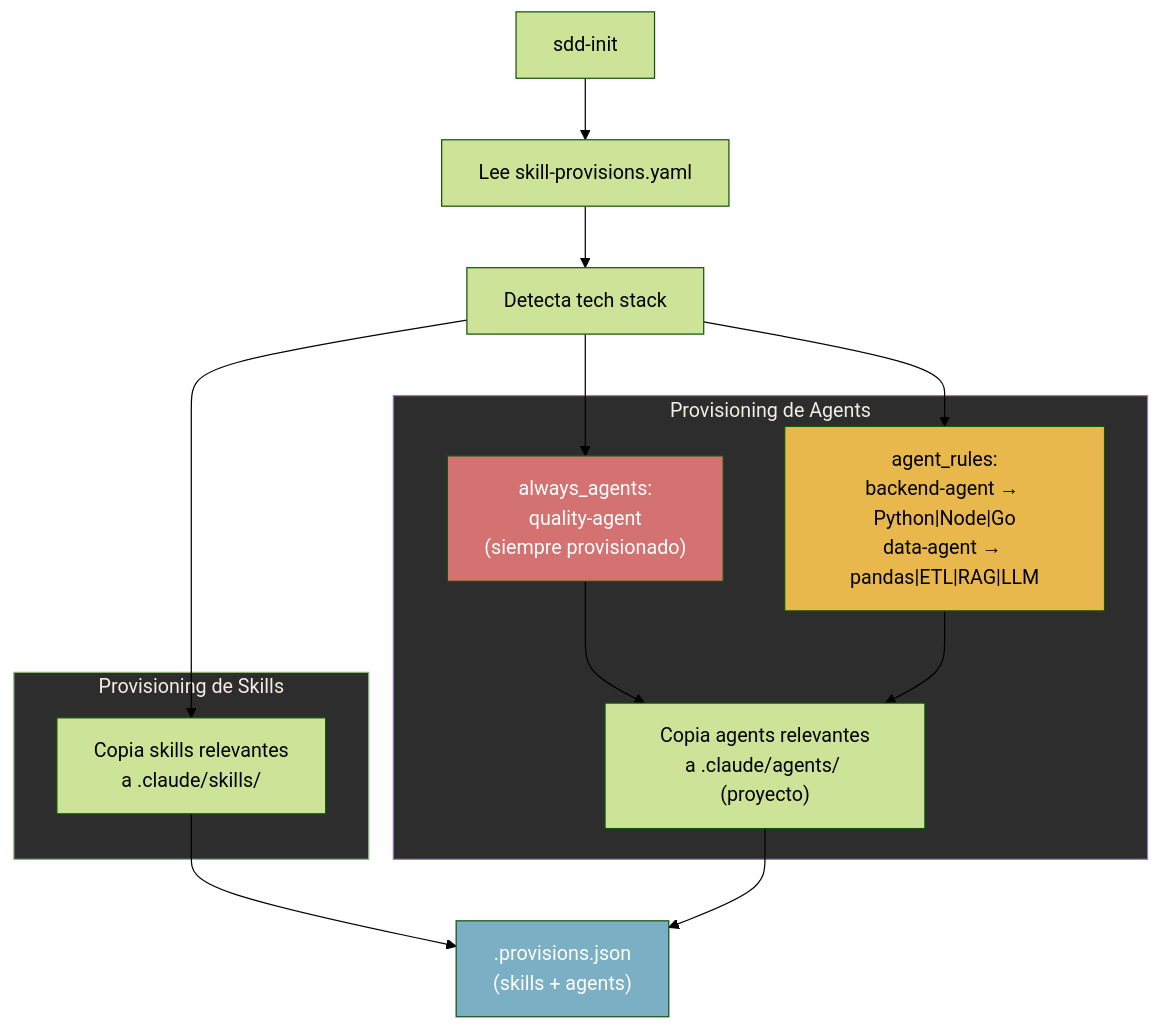
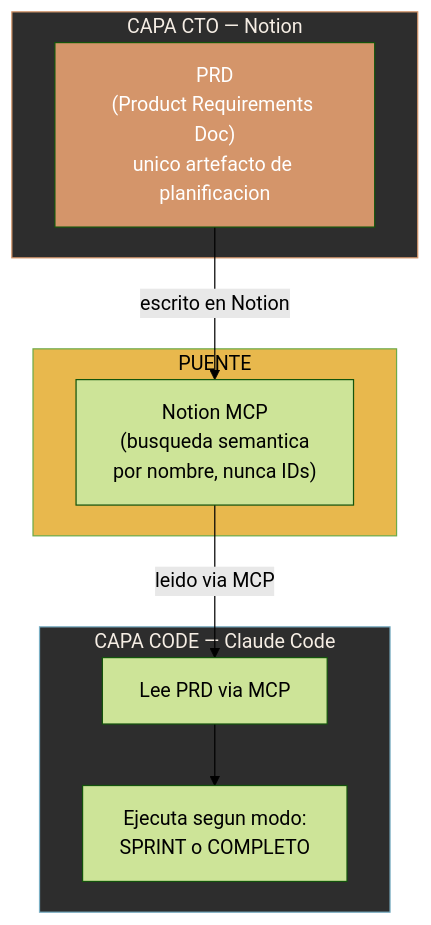
The fourth of 14 diagrams in docs/architecture/arquitectura-diagrama.md (jota-batuta/batuta-dots), drawn with Mermaid (forest theme) before and after one commit. The commit also changed other lines of this file and 120 other files, not shown here.

````diff
--- a/docs/architecture/arquitectura-diagrama.md
+++ b/docs/architecture/arquitectura-diagrama.md
@@ -227,33 +128,23 @@
 ```mermaid
 flowchart TD
-    INIT["sdd-init"]
-    READ["Lee skill-provisions.yaml"]
-    DETECT["Detecta tech stack"]
-
-    subgraph SKILLS_PROV["Provisioning de Skills"]
-        COPY_SKILLS["Copia skills relevantes<br/>a .claude/skills/"]
+    subgraph CTO["CAPA CTO — Notion"]
+        PRD["PRD<br/>(Product Requirements Doc)<br/>unico artefacto de planificacion"]
     end
 
-    subgraph AGENTS_PROV["Provisioning de Agents"]
-        ALWAYS["always_agents:<br/>quality-agent<br/>(siempre provisionado)"]
-        RULES["agent_rules:<br/>backend-agent → Python|Node|Go<br/>data-agent → pandas|ETL|RAG|LLM"]
-        COPY_AGENTS["Copia agents relevantes<br/>a .claude/agents/ (proyecto)"]
+    subgraph BRIDGE["PUENTE"]
+        MCP["Notion MCP<br/>(busqueda semantica<br/>por nombre, nunca IDs)"]
     end
 
-    MANIFEST[".provisions.json<br/>(skills + agents)"]
+    subgraph CODE["CAPA CODE — Claude Code"]
+        READ_PRD["Lee PRD via MCP"]
+        EXECUTE["Ejecuta segun modo:<br/>SPRINT o COMPLETO"]
+    end
 
-    INIT --> READ --> DETECT
-    DETECT --> COPY_SKILLS
-    DETECT --> ALWAYS
-    DETECT --> RULES
-    ALWAYS --> COPY_AGENTS
-    RULES --> COPY_AGENTS
-    COPY_SKILLS --> MANIFEST
-    COPY_AGENTS --> MANIFEST
+    PRD -->|"escrito en Notion"| MCP
+    MCP -->|"leido via MCP"| READ_PRD --> EXECUTE
 
-    style SKILLS_PROV fill:#2d2d2d,stroke:#8BB87A,color:#F5EDE4
-    style AGENTS_PROV fill:#2d2d2d,stroke:#9B7AB8,color:#F5EDE4
-    style ALWAYS fill:#D47272,color:#fff
-    style RULES fill:#E8B84D,color:#000
-    style MANIFEST fill:#7AAFC4,color:#fff
+    style CTO fill:#2d2d2d,stroke:#D4956A,color:#F5EDE4
+    style BRIDGE fill:#E8B84D,color:#000
+    style CODE fill:#2d2d2d,stroke:#7AAFC4,color:#F5EDE4
+    style PRD fill:#D4956A,color:#fff
 ```
````
